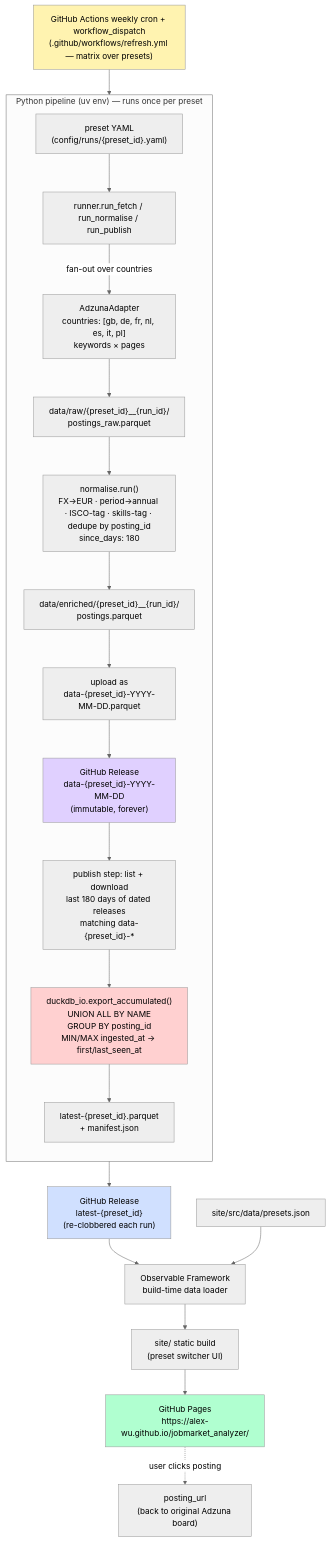
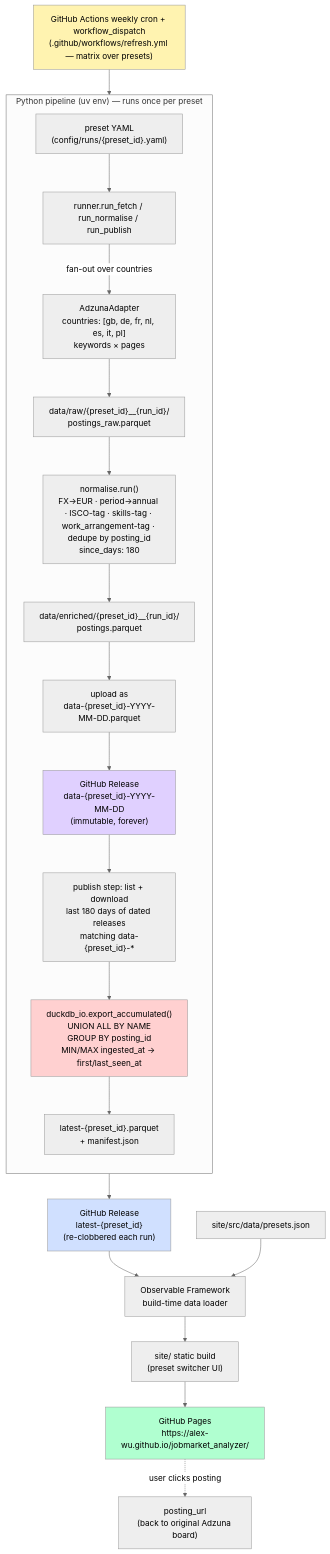
The diagram in docs/architecture.md (alex-wu/jobmarket_analyzer), drawn with Mermaid (neutral theme) before and after one commit. The commit also changed other lines of this file and 22 other files, not shown here.

First line of the commit message:
feat: dashboard v2 — choropleth, work-arrangement surface + filter, CSV export (#31)

````diff
--- a/docs/architecture.md
+++ b/docs/architecture.md
@@ -7,31 +7,31 @@
 ```mermaid
 flowchart TD
     cron["GitHub Actions weekly cron + workflow_dispatch<br/>(.github/workflows/refresh.yml — matrix over presets)"] --> runner
 
     subgraph pipeline["Python pipeline (uv env) — runs once per preset"]
         direction TB
         preset["preset YAML<br/>(config/runs/{preset_id}.yaml)"] --> runner["runner.run_fetch / run_normalise / run_publish"]
         runner -->|fan-out over countries| adzuna["AdzunaAdapter<br/>countries: [gb, de, fr, nl, es, it, pl]<br/>keywords × pages"]
         adzuna --> raw["data/raw/{preset_id}__{run_id}/<br/>postings_raw.parquet"]
-        raw --> normalise["normalise.run()<br/>FX→EUR · period→annual · ISCO-tag · skills-tag · dedupe by posting_id<br/>since_days: 180"]
+        raw --> normalise["normalise.run()<br/>FX→EUR · period→annual · ISCO-tag · skills-tag · work_arrangement-tag · dedupe by posting_id<br/>since_days: 180"]
         normalise --> enriched["data/enriched/{preset_id}__{run_id}/<br/>postings.parquet"]
         enriched --> archive_upload["upload as<br/>data-{preset_id}-YYYY-MM-DD.parquet"]
         archive_upload --> dated_release["GitHub Release<br/>data-{preset_id}-YYYY-MM-DD<br/>(immutable, forever)"]
         dated_release --> accum_download["publish step: list + download<br/>last 180 days of dated releases<br/>matching data-{preset_id}-*"]
         accum_download --> accumulate["duckdb_io.export_accumulated()<br/>UNION ALL BY NAME<br/>GROUP BY posting_id<br/>MIN/MAX ingested_at → first/last_seen_at"]
         accumulate --> latest_artifact["latest-{preset_id}.parquet<br/>+ manifest.json"]
     end
 
     latest_artifact --> latest_release["GitHub Release<br/>latest-{preset_id}<br/>(re-clobbered each run)"]
     latest_release --> loader["Observable Framework<br/>build-time data loader"]
     presets_manifest["site/src/data/presets.json"] --> loader
     loader --> site["site/ static build<br/>(preset switcher UI)"]
     site --> pages["GitHub Pages<br/>https://alex-wu.github.io/jobmarket_analyzer/"]
     pages -.->|user clicks posting| source_url["posting_url<br/>(back to original Adzuna board)"]
 
     style cron fill:#fff3b0
     style pages fill:#b0ffd0
     style latest_release fill:#d0e0ff
     style dated_release fill:#e0d0ff
     style accumulate fill:#ffd0d0
 ```
````
